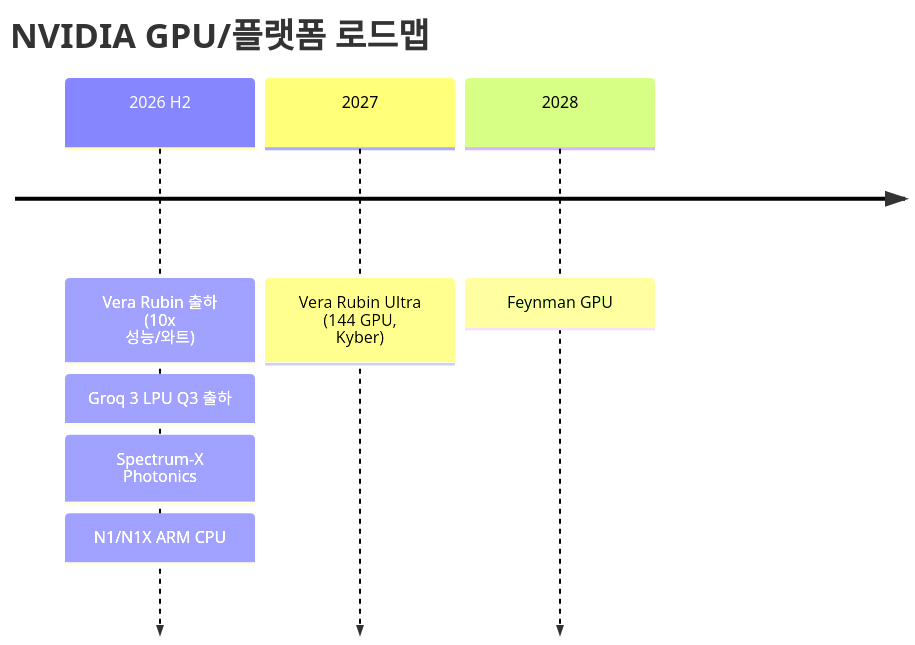
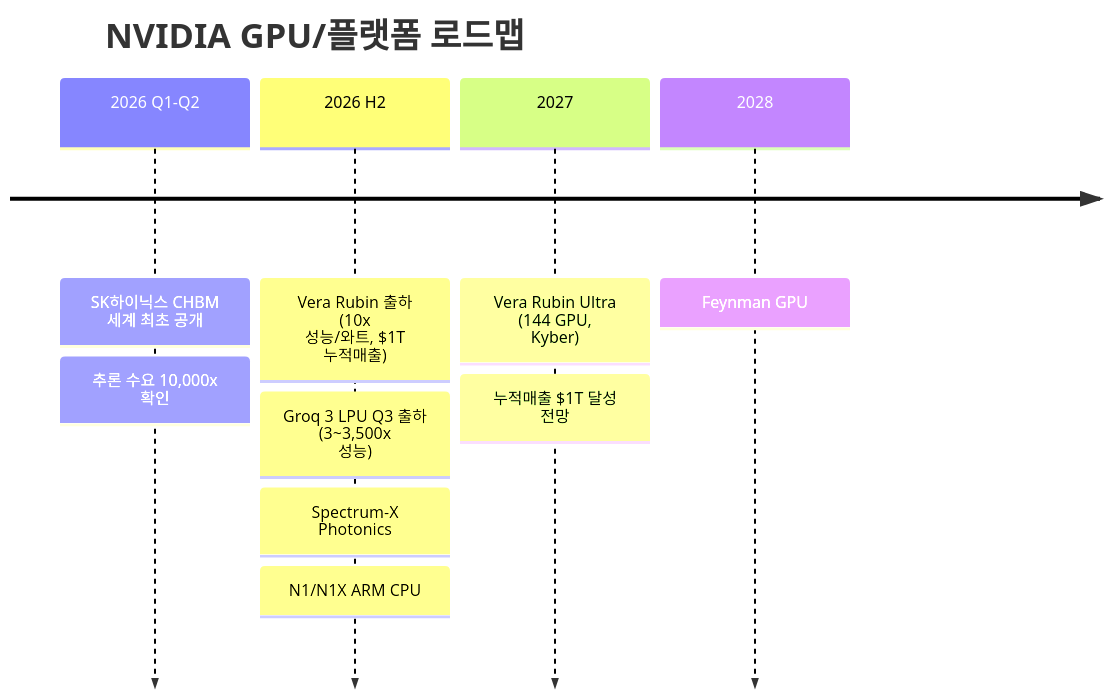
Before and after one commit to dss99911/dss99911.github.io: the first of 4 diagrams in _posts/knowledge/invest/2026-01-21-semiconductor-sector-outlook-2026.md, drawn with Mermaid. The commit also changed other lines of this file and 2 other files, not shown here.

First line of the commit message:
Daily investment report update 2026-03-20: Iran Qatar LNG attack, CHBM, Groq3

````diff
--- a/_posts/knowledge/invest/2026-01-21-semiconductor-sector-outlook-2026.md
+++ b/_posts/knowledge/invest/2026-01-21-semiconductor-sector-outlook-2026.md
@@ -113,10 +143,13 @@
 ```mermaid
 timeline
     title NVIDIA GPU/플랫폼 로드맵
-    2026 H2 : Vera Rubin 출하 #40;10x 성능/와트#41;
-             : Groq 3 LPU Q3 출하
+    2026 Q1-Q2 : SK하이닉스 CHBM 세계 최초 공개
+                : 추론 수요 10,000x 확인
+    2026 H2 : Vera Rubin 출하 #40;10x 성능/와트, $1T 누적매출#41;
+             : Groq 3 LPU Q3 출하 #40;3~3,500x 성능#41;
              : Spectrum-X Photonics
              : N1/N1X ARM CPU
     2027    : Vera Rubin Ultra #40;144 GPU, Kyber#41;
+             : 누적매출 $1T 달성 전망
     2028    : Feynman GPU
 ```
````
